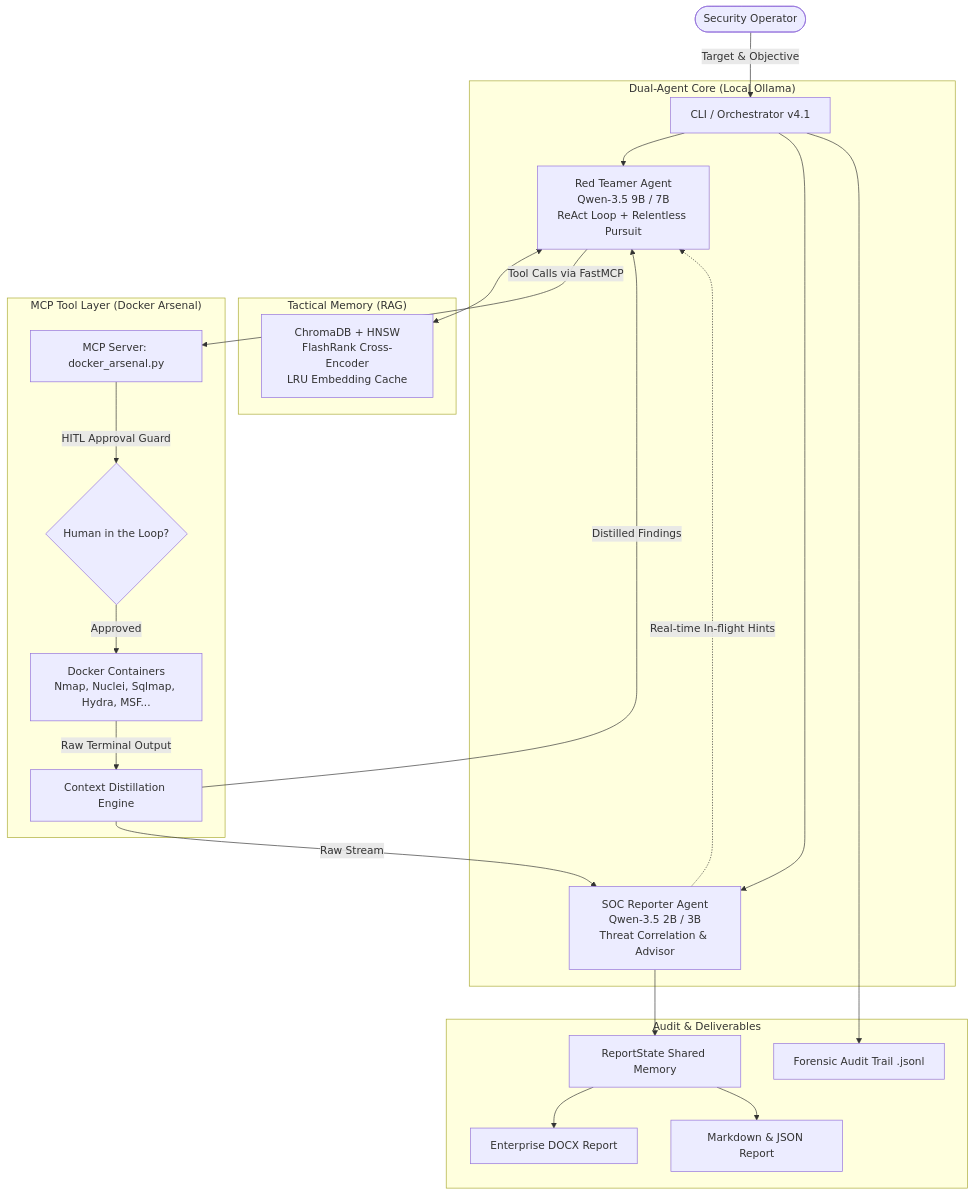
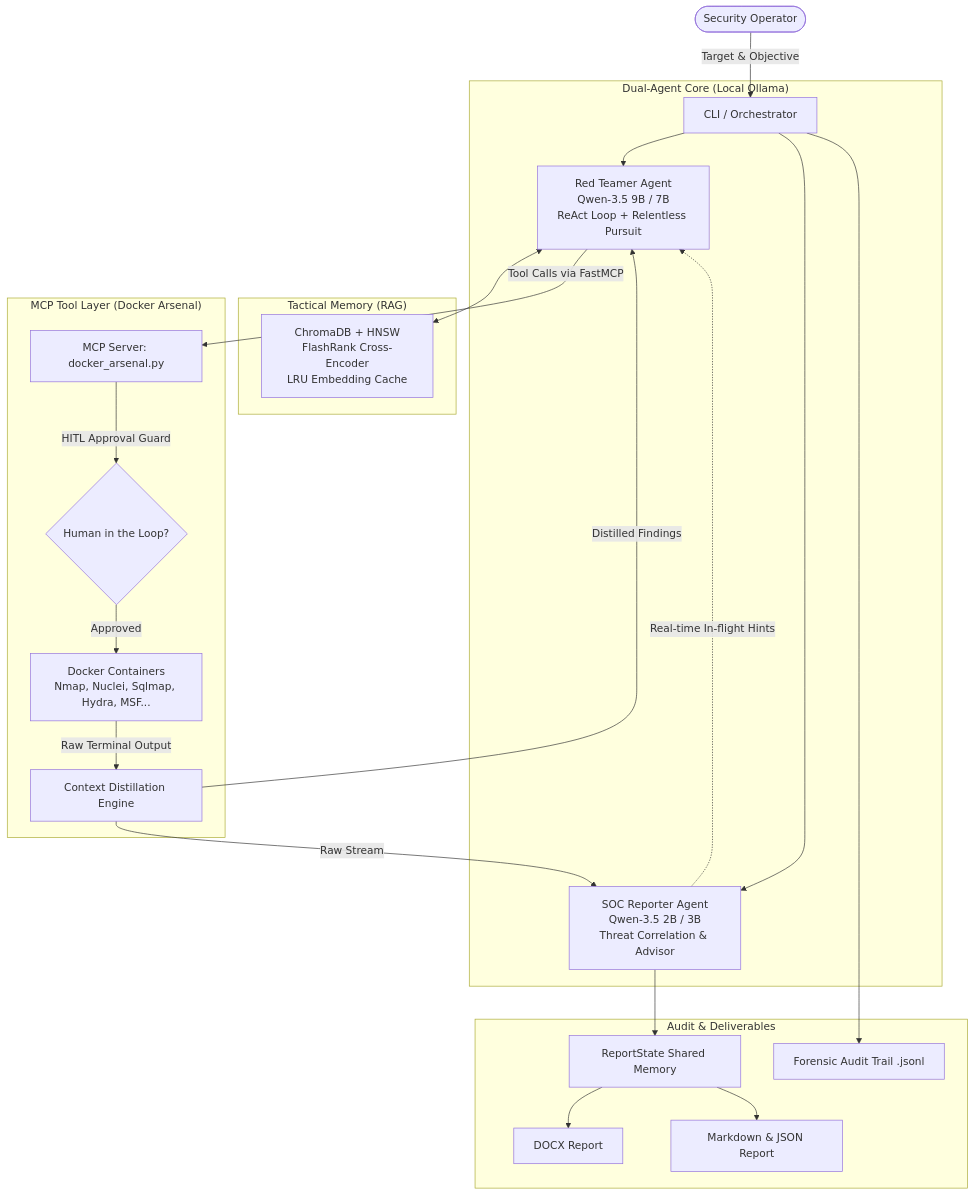
The diagram in README.md (nguyenduchuywork23-sudo/Autonomous-MLSecOps-Agent), drawn with Mermaid before and after one commit. The commit also changed other lines of this file and 2 other files, not shown here.

Commit message:
docs: remove v4.1 tags and enterprise buzzwords for technical modesty

````diff
--- a/README.md
+++ b/README.md
@@ -64,30 +64,30 @@
 ```mermaid
 graph TD
-    User([Security Operator]) -->|Target & Objective| Main[CLI / Orchestrator v4.1]
+    User([Security Operator]) -->|Target & Objective| Main[CLI / Orchestrator]
     
     subgraph "Dual-Agent Core (Local Ollama)"
         Main --> RedTeam[Red Teamer Agent\nQwen-3.5 9B / 7B\nReAct Loop + Relentless Pursuit]
         Main --> SOC[SOC Reporter Agent\nQwen-3.5 2B / 3B\nThreat Correlation & Advisor]
         SOC -.->|Real-time In-flight Hints| RedTeam
     end
 
     subgraph "Tactical Memory (RAG)"
         RedTeam <--> RAG[ChromaDB + HNSW\nFlashRank Cross-Encoder\nLRU Embedding Cache]
     end
 
     subgraph "MCP Tool Layer (Docker Arsenal)"
         RedTeam -->|Tool Calls via FastMCP| MCP[MCP Server: docker_arsenal.py]
         MCP -->|HITL Approval Guard| HITL{Human in the Loop?}
         HITL -->|Approved| Containers[Docker Containers\nNmap, Nuclei, Sqlmap, Hydra, MSF...]
         Containers -->|Raw Terminal Output| Distill[Context Distillation Engine]
         Distill -->|Distilled Findings| RedTeam
         Distill -->|Raw Stream| SOC
     end
 
     subgraph "Audit & Deliverables"
         SOC --> RepState[ReportState Shared Memory]
-        RepState --> DOCX[Enterprise DOCX Report]
+        RepState --> DOCX[DOCX Report]
         RepState --> MD[Markdown & JSON Report]
         Main --> Audit[Forensic Audit Trail .jsonl]
     end
 ```
````
